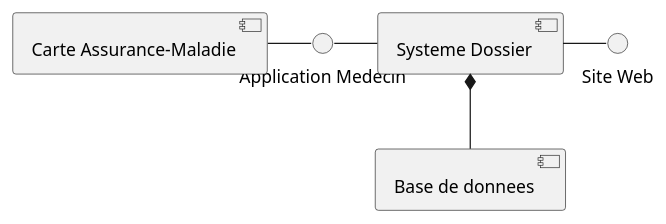
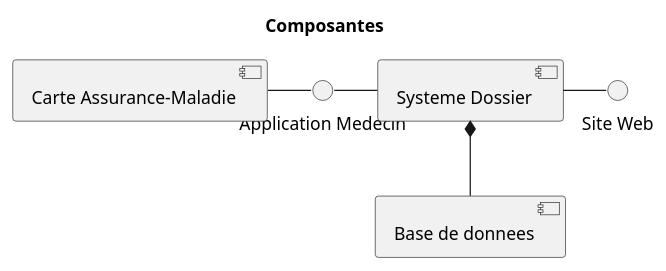
Before and after one commit to vbrayuqam/projet-genielog: the diagram in composantes.puml, drawn with PlantUML. The commit also changed 6 other files, not shown here.

```diff
--- a/composantes.puml
+++ b/composantes.puml
@@ -1,16 +1,18 @@
 @startuml composantes
+
+title Composantes
 
 () "Application Medecin" as AM
 [Base de donnees] as BD
 [Carte Assurance-Maladie] as C
 [Systeme Dossier] as S
 () "Site Web" as WWW
 
 
 S *-- BD
 C - AM
 AM - S
 S - WWW
 
 
 @enduml
```
